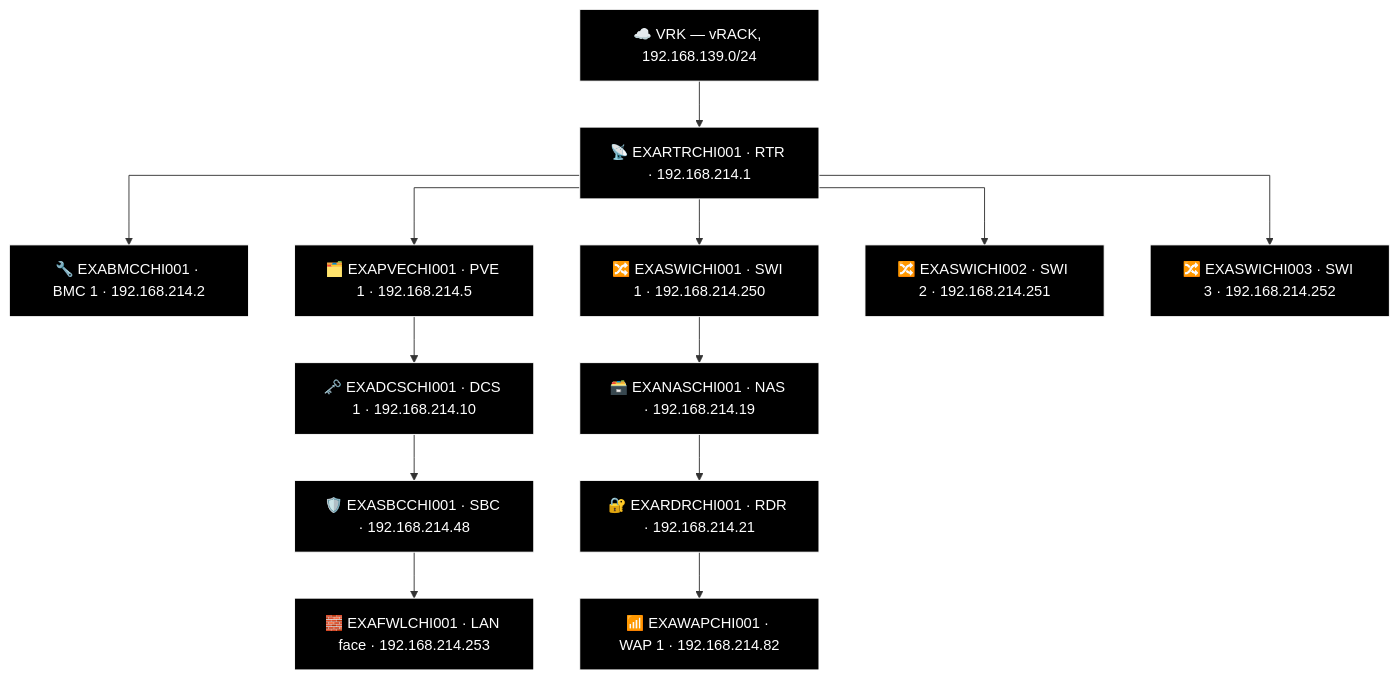
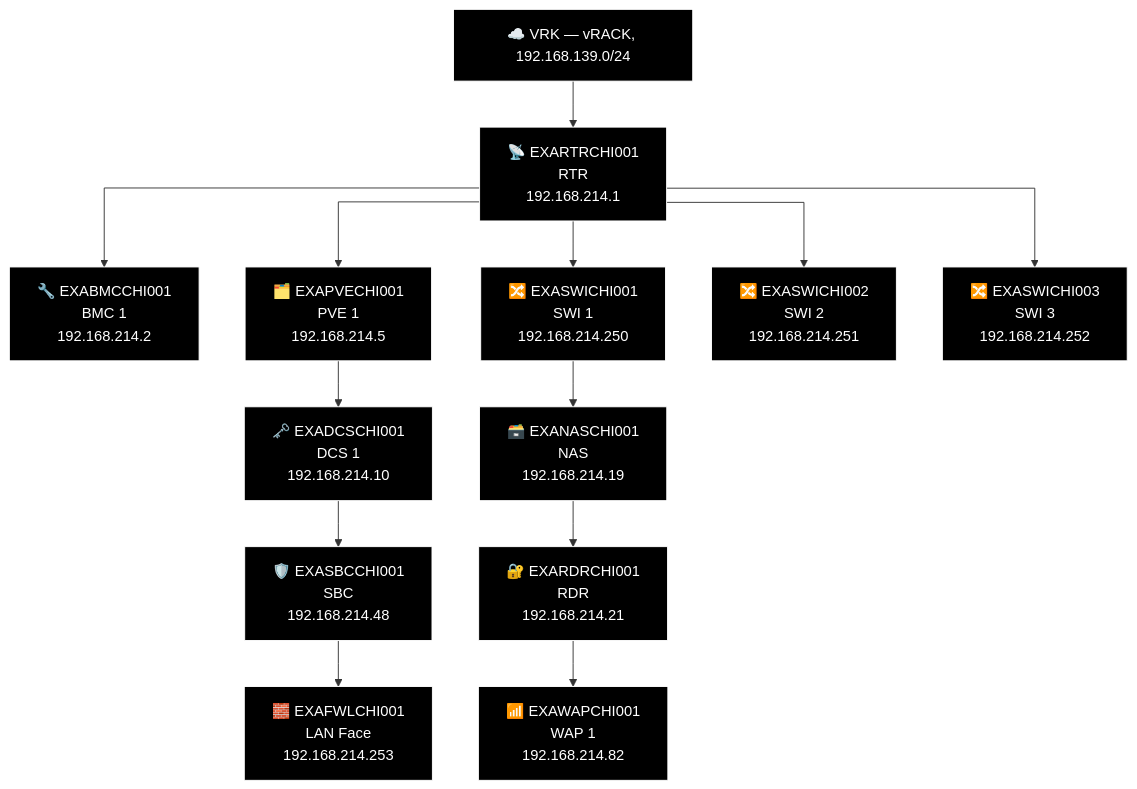
Before and after one commit to knightmare2600/example_music_infra: diagram 12 of 16 in docs/network-diagram/united-states.md, drawn with Mermaid. The commit also changed other lines of this file and 18 other files, not shown here.

````diff
--- a/docs/network-diagram/united-states.md
+++ b/docs/network-diagram/united-states.md
@@ -466,40 +466,40 @@
 ```mermaid
 %% GENERATED:TOPOLOGY:CHI:START
 %%{init: {'flowchart': {'curve': 'stepAfter'}}}%%
 graph TD
     T_VRK["☁️ VRK — vRACK, 192.168.139.0/24"]
-    T_RTR["📡 EXARTRCHI001 · RTR · 192.168.214.1"]
+    T_RTR["📡 EXARTRCHI001<br/>RTR<br/>192.168.214.1"]
     T_VRK --> T_RTR
-    T_BMC["🔧 EXABMCCHI001 · BMC 1 · 192.168.214.2"]
+    T_BMC["🔧 EXABMCCHI001<br/>BMC 1<br/>192.168.214.2"]
     T_RTR --> T_BMC
-    T_PVE["🗂️ EXAPVECHI001 · PVE 1 · 192.168.214.5"]
+    T_PVE["🗂️ EXAPVECHI001<br/>PVE 1<br/>192.168.214.5"]
     T_RTR --> T_PVE
-    T_SWI["🔀 EXASWICHI001 · SWI 1 · 192.168.214.250"]
+    T_SWI["🔀 EXASWICHI001<br/>SWI 1<br/>192.168.214.250"]
     T_RTR --> T_SWI
-    T_SWI2["🔀 EXASWICHI002 · SWI 2 · 192.168.214.251"]
+    T_SWI2["🔀 EXASWICHI002<br/>SWI 2<br/>192.168.214.251"]
     T_RTR --> T_SWI2
-    T_SWI3["🔀 EXASWICHI003 · SWI 3 · 192.168.214.252"]
+    T_SWI3["🔀 EXASWICHI003<br/>SWI 3<br/>192.168.214.252"]
     T_RTR --> T_SWI3
-    T_NAS["🗃️ EXANASCHI001 · NAS · 192.168.214.19"]
-    T_RDR["🔐 EXARDRCHI001 · RDR · 192.168.214.21"]
-    T_WAP["📶 EXAWAPCHI001 · WAP 1 · 192.168.214.82"]
+    T_NAS["🗃️ EXANASCHI001<br/>NAS<br/>192.168.214.19"]
+    T_RDR["🔐 EXARDRCHI001<br/>RDR<br/>192.168.214.21"]
+    T_WAP["📶 EXAWAPCHI001<br/>WAP 1<br/>192.168.214.82"]
     T_SWI --> T_NAS --> T_RDR --> T_WAP
-    T_DCS["🗝️ EXADCSCHI001 · DCS 1 · 192.168.214.10"]
-    T_SBC["🛡️ EXASBCCHI001 · SBC · 192.168.214.48"]
-    T_FWL["🧱 EXAFWLCHI001 · LAN face · 192.168.214.253"]
+    T_DCS["🗝️ EXADCSCHI001<br/>DCS 1<br/>192.168.214.10"]
+    T_SBC["🛡️ EXASBCCHI001<br/>SBC<br/>192.168.214.48"]
+    T_FWL["🧱 EXAFWLCHI001<br/>LAN Face<br/>192.168.214.253"]
     T_PVE --> T_DCS --> T_SBC --> T_FWL
     style T_VRK fill:#000000,stroke:#FFFFFF,color:#FFFFFF
     style T_RTR fill:#000000,stroke:#FFFFFF,color:#FFFFFF
     style T_BMC fill:#000000,stroke:#FFFFFF,color:#FFFFFF
     style T_PVE fill:#000000,stroke:#FFFFFF,color:#FFFFFF
     style T_SWI fill:#000000,stroke:#FFFFFF,color:#FFFFFF
     style T_SWI2 fill:#000000,stroke:#FFFFFF,color:#FFFFFF
     style T_SWI3 fill:#000000,stroke:#FFFFFF,color:#FFFFFF
     style T_NAS fill:#000000,stroke:#FFFFFF,color:#FFFFFF
     style T_RDR fill:#000000,stroke:#FFFFFF,color:#FFFFFF
     style T_WAP fill:#000000,stroke:#FFFFFF,color:#FFFFFF
     style T_DCS fill:#000000,stroke:#FFFFFF,color:#FFFFFF
     style T_SBC fill:#000000,stroke:#FFFFFF,color:#FFFFFF
     style T_FWL fill:#000000,stroke:#FFFFFF,color:#FFFFFF
 %% GENERATED:TOPOLOGY:CHI:END
 ```
````
